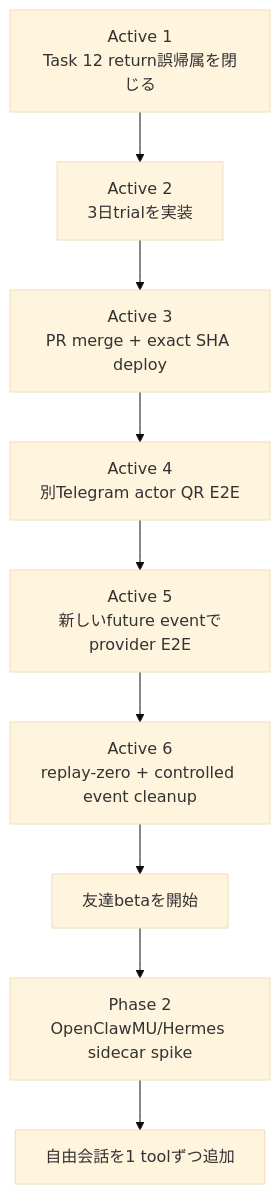
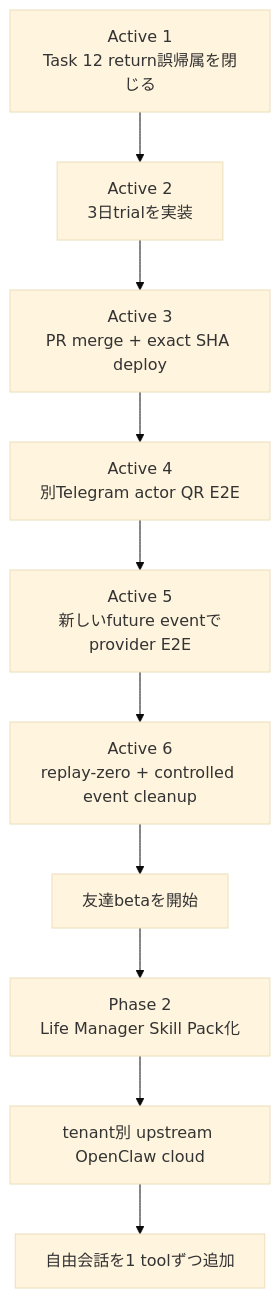
One commit to Daisuke134/anicca changed the ninth of 11 diagrams in docs/superpowers/specs/2026-08-28-life-manager-cloud-telegram-product-ux-design.md. Above: the diagram before and after it, drawn with Mermaid (base theme). The commit also changed other lines of this file and 1 other file, not shown here.

Commit message:
docs(life-manager): standardize on upstream OpenClaw

````diff
--- a/docs/superpowers/specs/2026-08-28-life-manager-cloud-telegram-product-ux-design.md
+++ b/docs/superpowers/specs/2026-08-28-life-manager-cloud-telegram-product-ux-design.md
@@ -328,11 +362,12 @@
 ```mermaid
 flowchart TD
   A[Active 1\nTask 12 return誤帰属を閉じる] --> B[Active 2\n3日trialを実装]
   B --> C[Active 3\nPR merge + exact SHA deploy]
   C --> D[Active 4\n別Telegram actor QR E2E]
   D --> E[Active 5\n新しいfuture eventでprovider E2E]
   E --> F[Active 6\nreplay-zero + controlled event cleanup]
   F --> LAUNCH[友達betaを開始]
-  LAUNCH --> SPIKE[Phase 2\nOpenClawMU/Hermes sidecar spike]
-  SPIKE --> CHAT[自由会話を1 toolずつ追加]
+  LAUNCH --> PACKAGE[Phase 2\nLife Manager Skill Pack化]
+  PACKAGE --> CLOUD[tenant別 upstream OpenClaw cloud]
+  CLOUD --> CHAT[自由会話を1 toolずつ追加]
 ```
````
